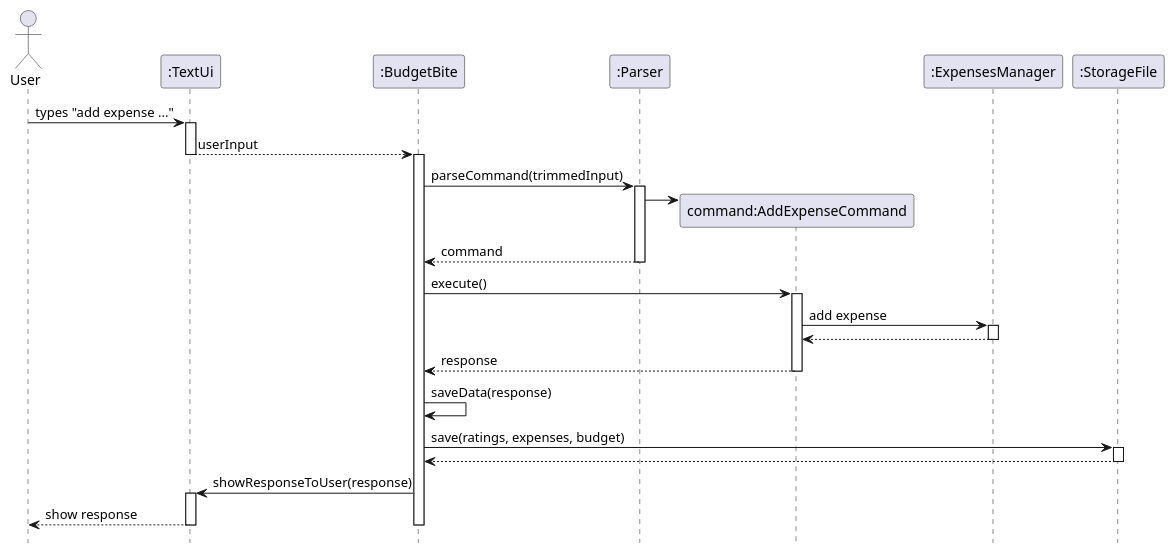
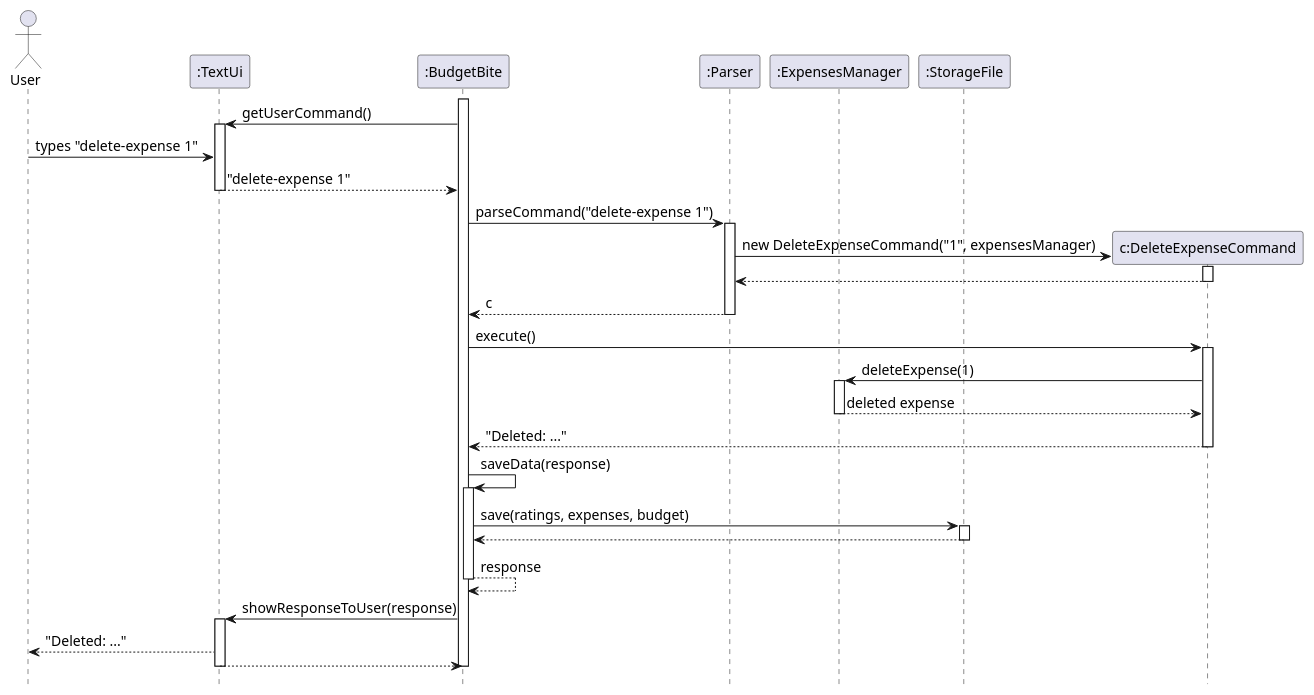
Before and after one commit to AY2627S1-CS2113-W10-3/tp: the diagram in docs/diagrams/ArchitectureSequenceDiagram.puml, drawn with PlantUML. The commit also changed 14 other files, not shown here.

```diff
--- a/docs/diagrams/ArchitectureSequenceDiagram.puml
+++ b/docs/diagrams/ArchitectureSequenceDiagram.puml
@@ -1,46 +1,55 @@
 @startuml
+' How the main parts work together when the user enters "delete-expense 1".
 skinparam shadowing false
+skinparam defaultFontSize 14
 hide footbox
 
 actor User
 participant ":TextUi" as Ui
-participant ":BudgetBite" as BB
-participant ":Parser" as Parser
-participant "command:AddExpenseCommand" as Cmd
-participant ":ExpensesManager" as Exp
-participant ":StorageFile" as Storage
+participant ":BudgetBite" as Main
+participant ":Parser" as P
+participant ":ExpensesManager" as E
+participant ":StorageFile" as S
 
-User -> Ui : types "add expense ..."
+activate Main
+Main -> Ui : getUserCommand()
 activate Ui
-Ui --> BB : userInput
+User -> Ui : types "delete-expense 1"
+Ui --> Main : "delete-expense 1"
 deactivate Ui
-activate BB
 
-BB -> Parser : parseCommand(trimmedInput)
-activate Parser
-create Cmd
-Parser -> Cmd
-Parser --> BB : command
-deactivate Parser
+Main -> P : parseCommand("delete-expense 1")
+activate P
+create "c:DeleteExpenseCommand" as C
+P -> C : new DeleteExpenseCommand("1", expensesManager)
+activate C
+C --> P
+deactivate C
+P --> Main : c
+deactivate P
 
-BB -> Cmd : execute()
-activate Cmd
-Cmd -> Exp : add expense
-activate Exp
-Exp --> Cmd
-deactivate Exp
-Cmd --> BB : response
-deactivate Cmd
+Main -> C : execute()
+activate C
+C -> E : deleteExpense(1)
+activate E
+E --> C : deleted expense
+deactivate E
+C --> Main : "Deleted: ..."
+deactivate C
 
-BB -> BB : saveData(response)
-BB -> Storage : save(ratings, expenses, budget)
-activate Storage
-Storage --> BB
-deactivate Storage
+Main -> Main : saveData(response)
+activate Main
+Main -> S : save(ratings, expenses, budget)
+activate S
+S --> Main
+deactivate S
+Main --> Main : response
+deactivate Main
 
-BB -> Ui : showResponseToUser(response)
+Main -> Ui : showResponseToUser(response)
 activate Ui
-Ui --> User : show response
+Ui --> User : "Deleted: ..."
+Ui --> Main
 deactivate Ui
-deactivate BB
+deactivate Main
 @enduml
```
